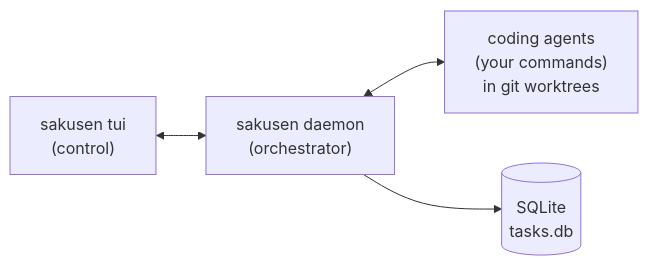
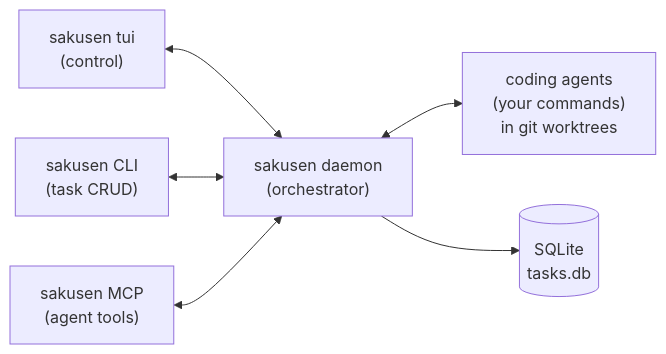
One commit to Bakaface/sakusen changed the diagram in README.md. Above: the diagram before and after it, drawn with Mermaid.

Commit message:
docs: add CLI and MCP clients to readme diagram

````diff
--- a/README.md
+++ b/README.md
@@ -9,6 +9,8 @@
 ```mermaid
 flowchart LR
     tui["sakusen tui<br/>(control)"] <--> daemon["sakusen daemon<br/>(orchestrator)"]
+    cli["sakusen CLI<br/>(task CRUD)"] <--> daemon
+    mcp["sakusen MCP<br/>(agent tools)"] <--> daemon
     daemon <--> agents["coding agents<br/>(your commands)<br/>in git worktrees"]
     daemon --> db[("SQLite<br/>tasks.db")]
 ```
````
